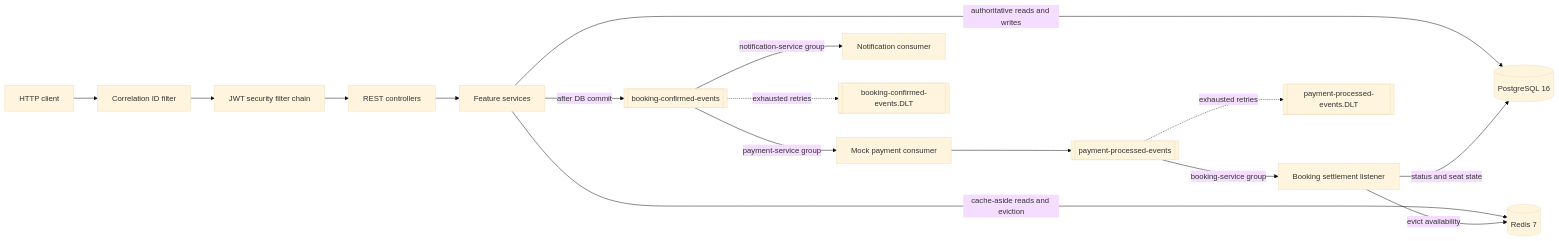
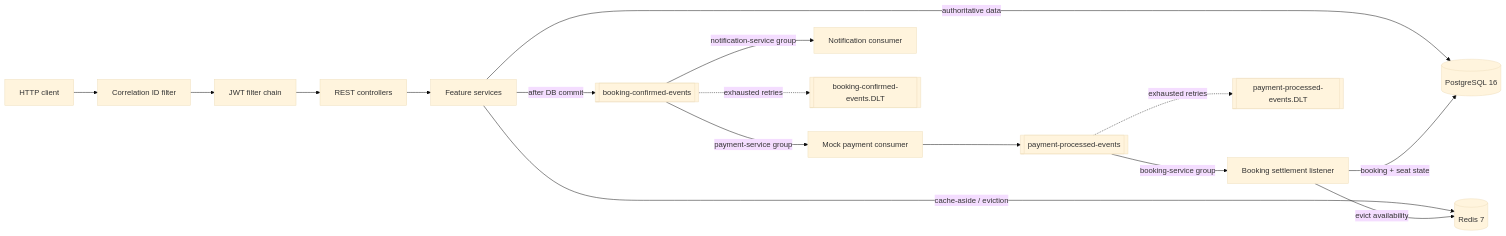
One commit to AhdyAhmed/eventhub-booking-system changed the diagram in README.md. Above: the diagram before and after it, drawn with Mermaid (base theme). The commit also changed other lines of this file and 3 other files, not shown here.

````diff
--- a/README.md
+++ b/README.md
@@ -748,21 +21,21 @@
 ```mermaid
 flowchart LR
     Client[HTTP client] --> Correlation[Correlation ID filter]
-    Correlation --> Security[JWT security filter chain]
+    Correlation --> Security[JWT filter chain]
     Security --> Controller[REST controllers]
     Controller --> Service[Feature services]
 
-    Service -->|authoritative reads and writes| Postgres[(PostgreSQL 16)]
-    Service -->|cache-aside reads and eviction| Redis[(Redis 7)]
+    Service -->|authoritative data| Postgres[(PostgreSQL 16)]
+    Service -->|cache-aside / eviction| Redis[(Redis 7)]
     Service -->|after DB commit| BookingTopic[[booking-confirmed-events]]
 
     BookingTopic -->|payment-service group| Payment[Mock payment consumer]
     BookingTopic -->|notification-service group| Notification[Notification consumer]
     Payment --> PaymentTopic[[payment-processed-events]]
     PaymentTopic -->|booking-service group| Settlement[Booking settlement listener]
-    Settlement -->|status and seat state| Postgres
+    Settlement -->|booking + seat state| Postgres
     Settlement -->|evict availability| Redis
 
     BookingTopic -. exhausted retries .-> BookingDLT[[booking-confirmed-events.DLT]]
     PaymentTopic -. exhausted retries .-> PaymentDLT[[payment-processed-events.DLT]]
 ```
````
